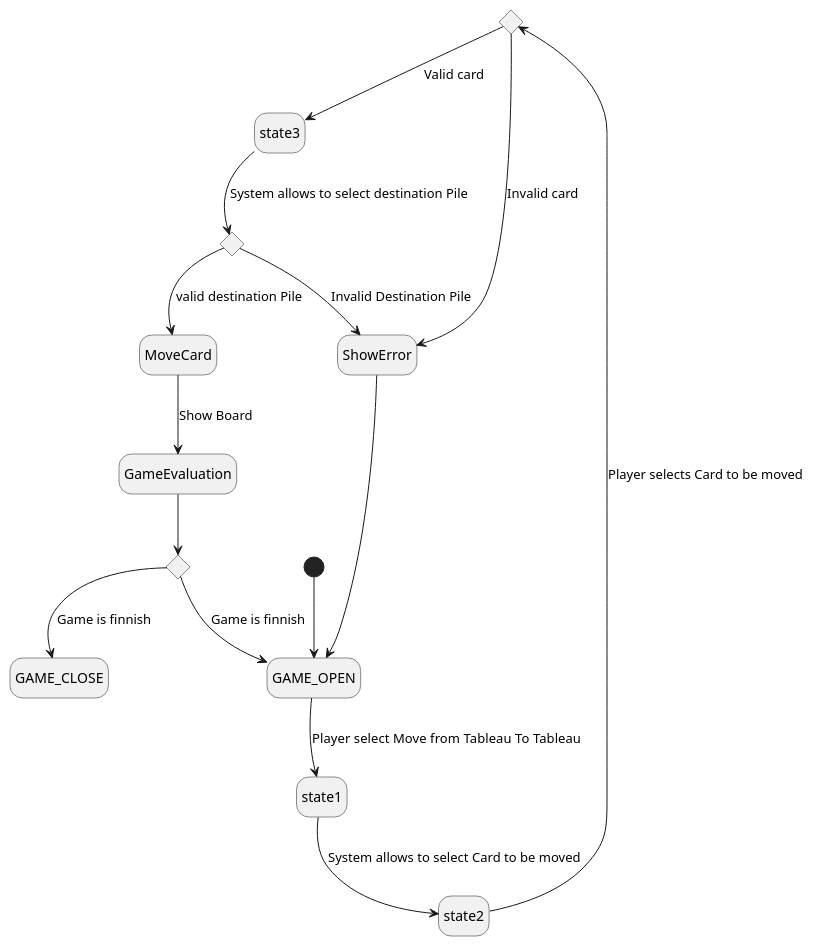
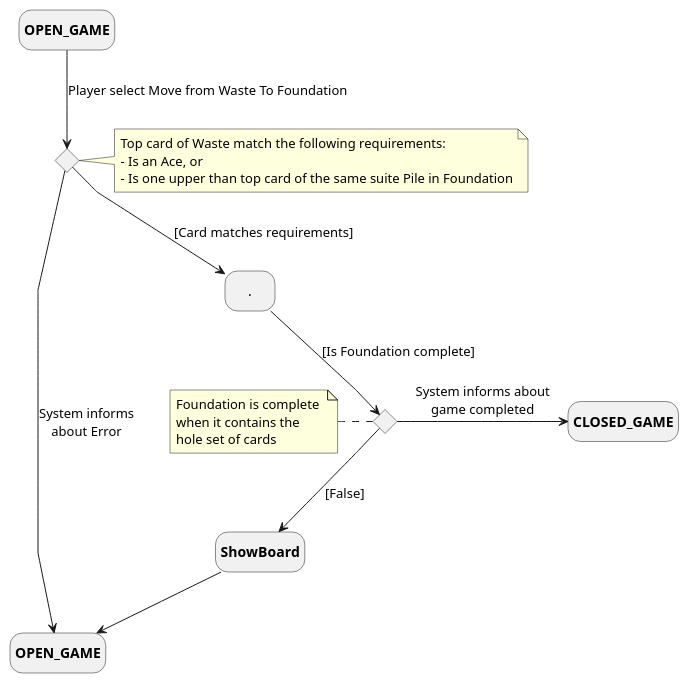
One commit to Troteaga/klondike changed the diagram in docs/Diagrams/UseCases/MoveFromWasteToFoundation.plantuml. Above: the diagram before and after it, drawn with PlantUML. The commit also changed 6 other files, not shown here.

```diff
--- a/docs/Diagrams/UseCases/MoveFromWasteToFoundation.plantuml
+++ b/docs/Diagrams/UseCases/MoveFromWasteToFoundation.plantuml
@@ -1,23 +1,33 @@
-@startuml
+@startuml Player Moves Card From Waste to Foundation
+hide empty description 
+skinparam linetype polyline
 
-hide empty description 
-state c <<choice>>
-state d <<choice>>
-state e <<choice>>
+state "**OPEN_GAME**" as OPEN_GAME_INITIAL
+state "**OPEN_GAME**" as OPEN_GAME_FINAL
+state "**CLOSED_GAME**" as CLOSED_GAME
+state "**ShowBoard**" as ShowBoard
+state c <<choice>> 
+state d <<choice>> 
 
-[*] -down-> GAME_OPEN
-GAME_OPEN -down-> state1 : Player select Move from Tableau To Tableau
-state1 -down-> state2 : System allows to select Card to be moved
-state2 -down-> c : Player selects Card to be moved
-c --> ShowError : Invalid card
-c --> state3 : Valid card
-state3 --> d : System allows to select destination Pile
-d --> ShowError : Invalid Destination Pile
-ShowError --> GAME_OPEN
-d --> MoveCard : valid destination Pile
-MoveCard --> GameEvaluation : Show Board
-GameEvaluation --> e 
-e --> GAME_CLOSE : Game is finnish
-e --> GAME_OPEN: Game is finnish
+note right of c
+  Top card of Waste match the following requirements:
+  - Is an Ace, or
+  - Is one upper than top card of the same suite Pile in Foundation
+end note
 
+note left of d
+  Foundation is complete 
+  when it contains the 
+  hole set of cards
+end note
+
+state "." as A
+
+OPEN_GAME_INITIAL -down-> c : Player select Move from Waste To Foundation
+A -down-> d : [Is Foundation complete]
+c -down-> A : [Card matches requirements]
+d -down-> ShowBoard : [False]
+d -right-> CLOSED_GAME : System informs about\ngame completed
+c -right-> OPEN_GAME_FINAL : System informs\nabout Error
+ShowBoard -down-> OPEN_GAME_FINAL
 @enduml
```
